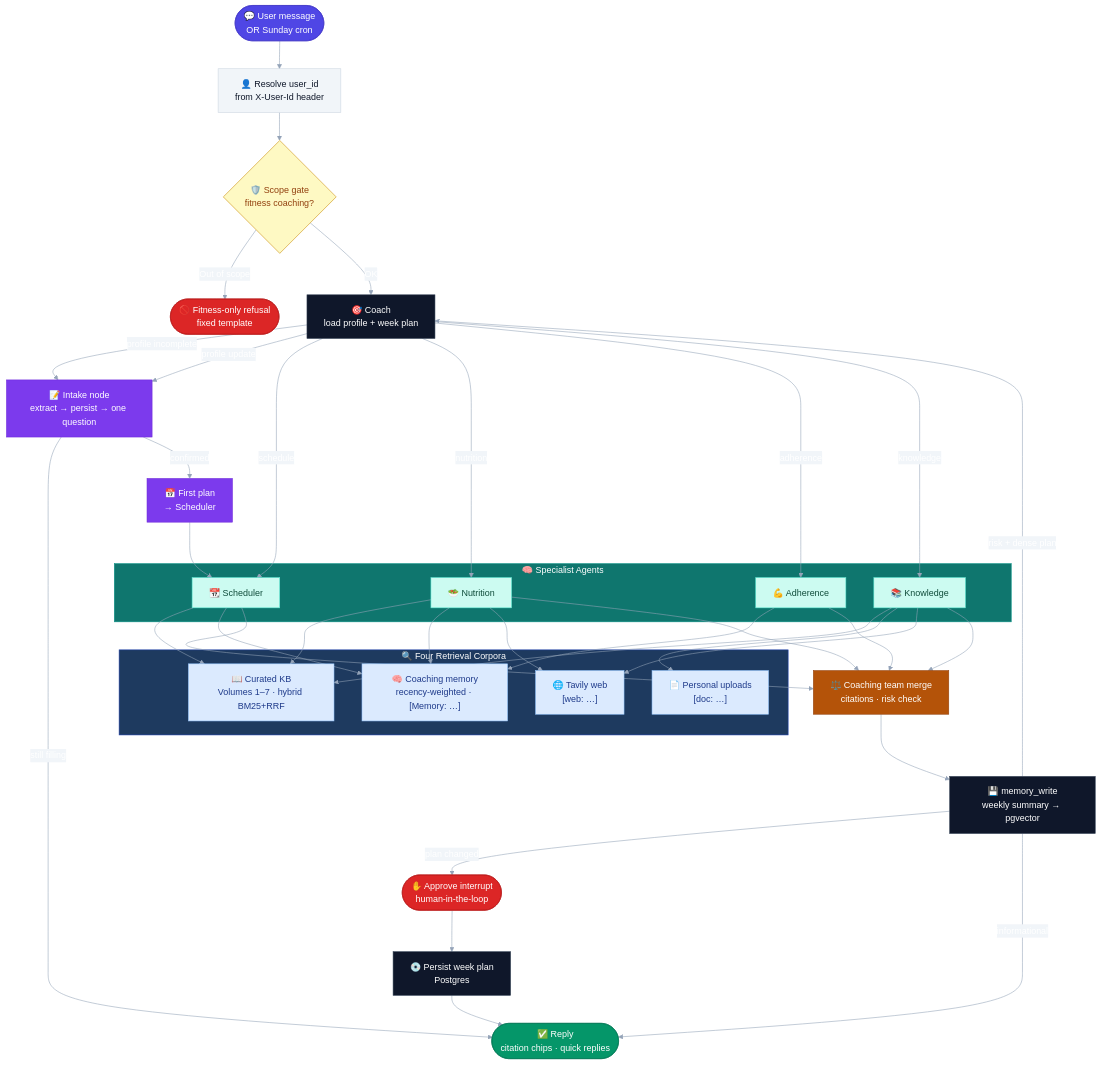
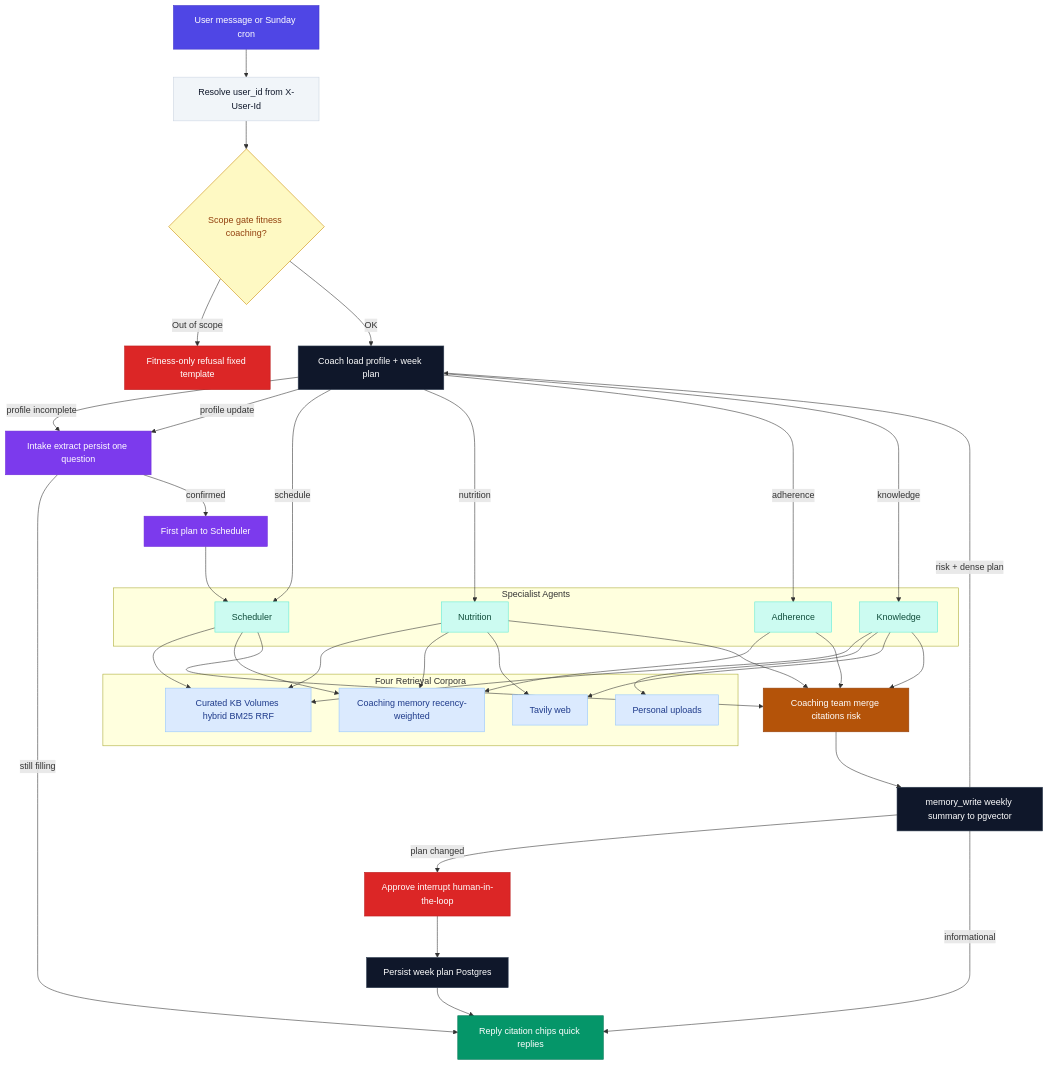
Before and after one commit to saurabhIU/SteadyFit: the third of 3 diagrams in PLAN.md, drawn with Mermaid. The commit also changed other lines of this file and 4 other files, not shown here.

Commit message:
updated mermaid diagrams

````diff
--- a/PLAN.md
+++ b/PLAN.md
@@ -225,85 +195,84 @@
 ```mermaid
-%%{init: {
-  "theme": "base",
-  "themeVariables": {
-    "primaryColor": "#1e293b",
-    "primaryTextColor": "#ffffff",
-    "lineColor": "#94a3b8",
-    "background": "#f8fafc",
-    "fontFamily": "system-ui, sans-serif",
-    "edgeLabelBackground": "#f1f5f9"
-  }
-}}%%
 flowchart TD
-    IN(["💬 User message\nOR Sunday cron"])
-    UID["👤 Resolve user_id\nfrom X-User-Id header"]
-    SG{"🛡️ Scope gate\nfitness coaching?"}
-    REJ(["🚫 Fitness-only refusal\nfixed template"])
-    COACH["🎯 Coach\nload profile + week plan"]
-    INT["📝 Intake node\nextract → persist → one question"]
-    FIRST["📅 First plan\n→ Scheduler"]
+    IN[User message or Sunday cron]
+    UID[Resolve user_id from X-User-Id]
+    SG{Scope gate fitness coaching?}
+    REJ[Fitness-only refusal fixed template]
+    COACH[Coach load profile + week plan]
+    INT[Intake extract persist one question]
+    FIRST[First plan to Scheduler]
 
-    subgraph SPECIALISTS["🧠  Specialist Agents"]
-        SCH["📆 Scheduler"]
-        NUT["🥗 Nutrition"]
-        ADH["💪 Adherence"]
-        KNOW["📚 Knowledge"]
+    subgraph SPECIALISTS[Specialist Agents]
+        SCH[Scheduler]
+        NUT[Nutrition]
+        ADH[Adherence]
+        KNOW[Knowledge]
     end
 
-    subgraph RETRIEVAL["🔍  Four Retrieval Corpora"]
-        KB["📖 Curated KB\nVolumes 1–7 · hybrid BM25+RRF"]
-        MEM["🧠 Coaching memory\nrecency-weighted · [Memory: …]"]
-        PERS["📄 Personal uploads\n[doc: …]"]
-        WEB["🌐 Tavily web\n[web: …]"]
+    subgraph RETRIEVAL[Four Retrieval Corpora]
+        KB[Curated KB Volumes hybrid BM25 RRF]
+        MEM[Coaching memory recency-weighted]
+        PERS[Personal uploads]
+        WEB[Tavily web]
     end
 
-    TEAM["⚖️ Coaching team merge\ncitations · risk check"]
-    MWRITE["💾 memory_write\nweekly summary → pgvector"]
-    HITL(["✋ Approve interrupt\nhuman-in-the-loop"])
-    SAVE["💿 Persist week plan\nPostgres"]
-    OUT(["✅ Reply\ncitation chips · quick replies"])
+    TEAM[Coaching team merge citations risk]
+    MWRITE[memory_write weekly summary to pgvector]
+    HITL[Approve interrupt human-in-the-loop]
+    SAVE[Persist week plan Postgres]
+    OUT[Reply citation chips quick replies]
 
-    IN --> UID --> SG
-    SG -->|"Out of scope"| REJ
-    SG -->|"OK"| COACH
-    COACH -->|"profile incomplete"| INT
-    INT -->|"still filling"| OUT
-    INT -->|"confirmed"| FIRST --> SCH
-    COACH -->|"profile update"| INT
-    COACH -->|"schedule"| SCH
-    COACH -->|"nutrition"| NUT
-    COACH -->|"adherence"| ADH
-    COACH -->|"knowledge"| KNOW
-    SCH & NUT --> KB & MEM
+    IN --> UID
+    UID --> SG
+    SG -->|Out of scope| REJ
+    SG -->|OK| COACH
+    COACH -->|profile incomplete| INT
+    INT -->|still filling| OUT
+    INT -->|confirmed| FIRST
+    FIRST --> SCH
+    COACH -->|profile update| INT
+    COACH -->|schedule| SCH
+    COACH -->|nutrition| NUT
+    COACH -->|adherence| ADH
+    COACH -->|knowledge| KNOW
+    SCH --> KB
+    SCH --> MEM
+    NUT --> KB
+    NUT --> MEM
+    NUT --> WEB
     ADH --> MEM
-    NUT --> WEB
-    KNOW --> KB & PERS & WEB
-    SCH & NUT & ADH & KNOW --> TEAM
+    KNOW --> KB
+    KNOW --> PERS
+    KNOW --> WEB
+    SCH --> TEAM
+    NUT --> TEAM
+    ADH --> TEAM
+    KNOW --> TEAM
     TEAM --> MWRITE
-    MWRITE -->|"risk + dense plan"| COACH
-    MWRITE -->|"plan changed"| HITL --> SAVE --> OUT
-    MWRITE -->|"informational"| OUT
+    MWRITE -->|risk + dense plan| COACH
+    MWRITE -->|plan changed| HITL
+    HITL --> SAVE
+    SAVE --> OUT
+    MWRITE -->|informational| OUT
 
-    style IN fill:#4f46e5,color:#fff,stroke:#4338ca
-    style OUT fill:#059669,color:#fff,stroke:#047857
-    style REJ fill:#dc2626,color:#fff,stroke:#b91c1c
-    style COACH fill:#0f172a,color:#fff,stroke:#334155
-    style INT fill:#7c3aed,color:#fff,stroke:#6d28d9
-    style FIRST fill:#7c3aed,color:#fff,stroke:#6d28d9
-    style TEAM fill:#b45309,color:#fff,stroke:#92400e
-    style MWRITE fill:#0f172a,color:#fff,stroke:#334155
-    style HITL fill:#dc2626,color:#fff,stroke:#b91c1c
-    style SAVE fill:#0f172a,color:#fff,stroke:#334155
-    style UID fill:#f1f5f9,color:#0f172a,stroke:#cbd5e1
-    style SG fill:#fef9c3,color:#92400e,stroke:#ca8a04
-    style SPECIALISTS fill:#0f766e,stroke:#0d9488,color:#fff
-    style SCH fill:#ccfbf1,color:#0f4c3a,stroke:#5eead4
-    style NUT fill:#ccfbf1,color:#0f4c3a,stroke:#5eead4
-    style ADH fill:#ccfbf1,color:#0f4c3a,stroke:#5eead4
-    style KNOW fill:#ccfbf1,color:#0f4c3a,stroke:#5eead4
-    style RETRIEVAL fill:#1e3a5f,stroke:#1e40af,color:#fff
-    style KB fill:#dbeafe,color:#1e3a8a,stroke:#93c5fd
-    style MEM fill:#dbeafe,color:#1e3a8a,stroke:#93c5fd
-    style PERS fill:#dbeafe,color:#1e3a8a,stroke:#93c5fd
-    style WEB fill:#dbeafe,color:#1e3a8a,stroke:#93c5fd
+    style IN fill:#4f46e5,stroke:#4338ca,color:#fff
+    style OUT fill:#059669,stroke:#047857,color:#fff
+    style REJ fill:#dc2626,stroke:#b91c1c,color:#fff
+    style COACH fill:#0f172a,stroke:#334155,color:#fff
+    style INT fill:#7c3aed,stroke:#6d28d9,color:#fff
+    style FIRST fill:#7c3aed,stroke:#6d28d9,color:#fff
+    style TEAM fill:#b45309,stroke:#92400e,color:#fff
+    style MWRITE fill:#0f172a,stroke:#334155,color:#fff
+    style HITL fill:#dc2626,stroke:#b91c1c,color:#fff
+    style SAVE fill:#0f172a,stroke:#334155,color:#fff
+    style UID fill:#f1f5f9,stroke:#cbd5e1,color:#0f172a
+    style SG fill:#fef9c3,stroke:#ca8a04,color:#92400e
+    style SCH fill:#ccfbf1,stroke:#5eead4,color:#0f4c3a
+    style NUT fill:#ccfbf1,stroke:#5eead4,color:#0f4c3a
+    style ADH fill:#ccfbf1,stroke:#5eead4,color:#0f4c3a
+    style KNOW fill:#ccfbf1,stroke:#5eead4,color:#0f4c3a
+    style KB fill:#dbeafe,stroke:#93c5fd,color:#1e3a8a
+    style MEM fill:#dbeafe,stroke:#93c5fd,color:#1e3a8a
+    style PERS fill:#dbeafe,stroke:#93c5fd,color:#1e3a8a
+    style WEB fill:#dbeafe,stroke:#93c5fd,color:#1e3a8a
 ```
````
